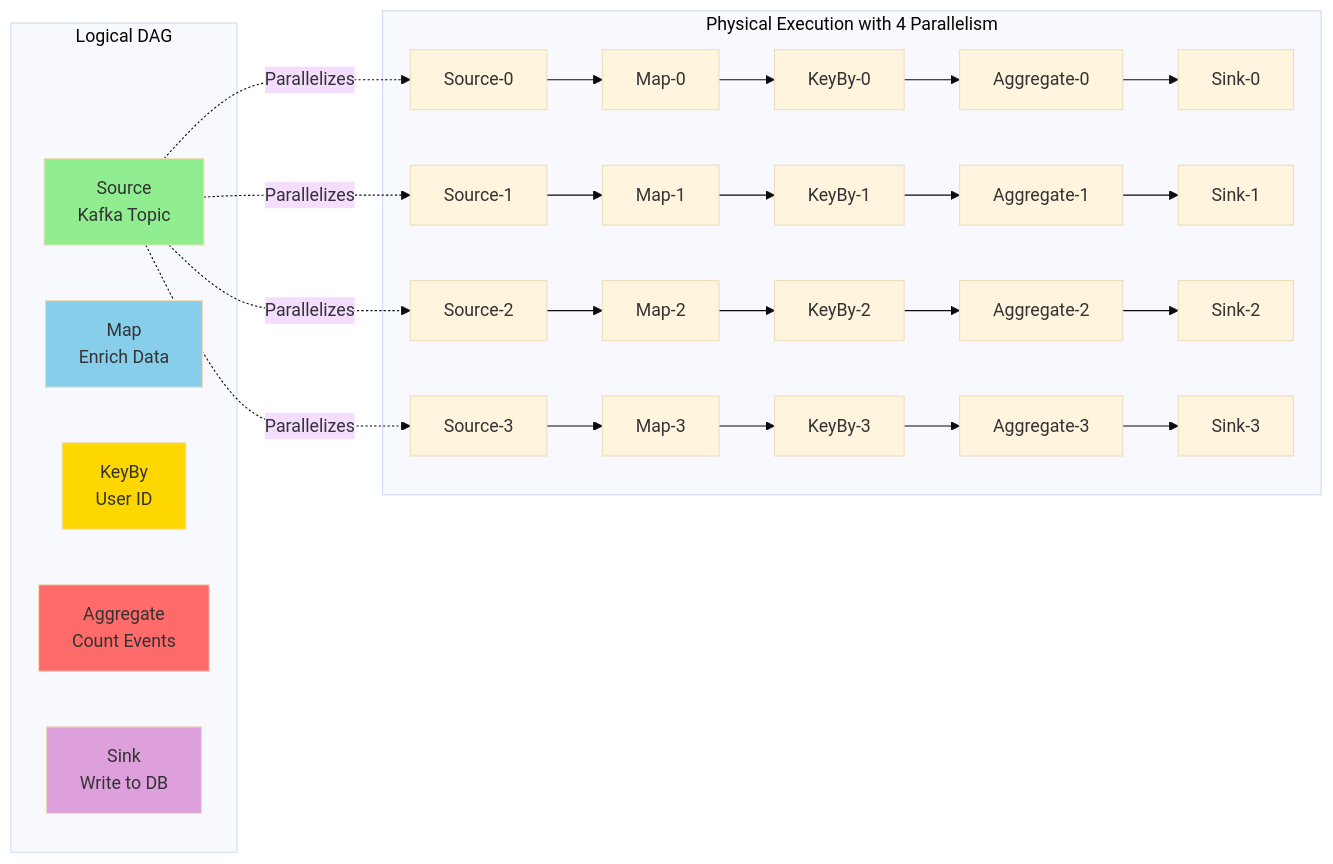
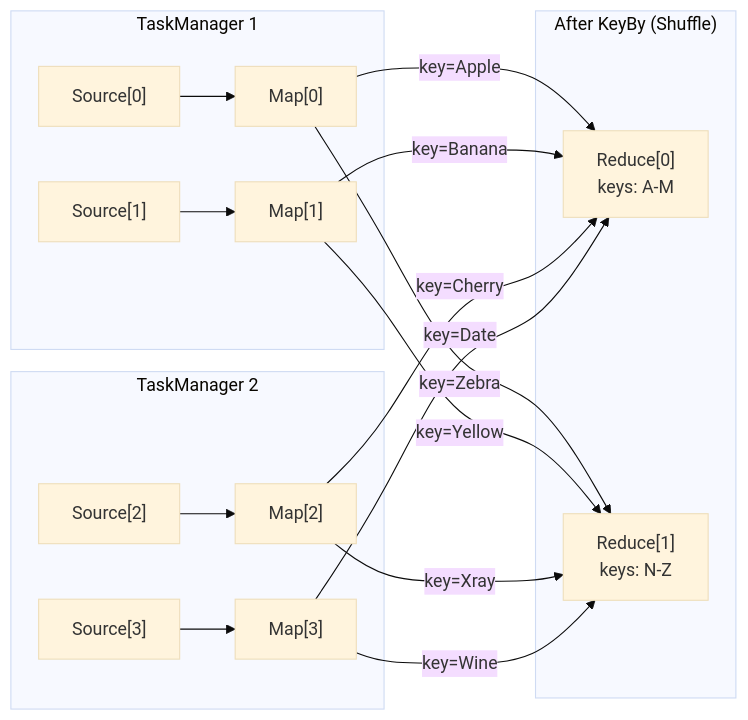
One commit to mainul098/flink-learning changed the fifth of 6 diagrams in docs/01-flink-operational-essentials.md. Above: the diagram before and after it, drawn with Mermaid (base theme). The commit also changed other lines of this file, not shown here.

````diff
--- a/docs/01-flink-operational-essentials.md
+++ b/docs/01-flink-operational-essentials.md
@@ -238,28 +523,26 @@
 ```mermaid
 graph LR
-    subgraph "Logical DAG"
-        Source["Source<br/>Kafka Topic"]
-        Map["Map<br/>Enrich Data"]
-        KeyBy["KeyBy<br/>User ID"]
-        Aggregate["Aggregate<br/>Count Events"]
-        Sink["Sink<br/>Write to DB"]
+    subgraph "TaskManager 1"
+        S1["Source[0]"] --> M1["Map[0]"]
+        S2["Source[1]"] --> M2["Map[1]"]
     end
-
-    subgraph "Physical Execution with 4 Parallelism"
-        S1["Source-0"] --> M1["Map-0"] --> K1["KeyBy-0"] --> A1["Aggregate-0"] --> SK1["Sink-0"]
-        S2["Source-1"] --> M2["Map-1"] --> K2["KeyBy-1"] --> A2["Aggregate-1"] --> SK2["Sink-1"]
-        S3["Source-2"] --> M3["Map-2"] --> K3["KeyBy-2"] --> A3["Aggregate-2"] --> SK3["Sink-2"]
-        S4["Source-3"] --> M4["Map-3"] --> K4["KeyBy-3"] --> A4["Aggregate-3"] --> SK4["Sink-3"]
+    
+    subgraph "TaskManager 2"
+        S3["Source[2]"] --> M3["Map[2]"]
+        S4["Source[3]"] --> M4["Map[3]"]
     end
-
-    Source -.->|Parallelizes| S1
-    Source -.->|Parallelizes| S2
-    Source -.->|Parallelizes| S3
-    Source -.->|Parallelizes| S4
-
-    style Source fill:#90EE90
-    style Map fill:#87CEEB
-    style KeyBy fill:#FFD700
-    style Aggregate fill:#FF6B6B
-    style Sink fill:#DDA0DD
+    
+    subgraph "After KeyBy (Shuffle)"
+        R1["Reduce[0]<br/>keys: A-M"]
+        R2["Reduce[1]<br/>keys: N-Z"]
+    end
+    
+    M1 -->|"key=Apple"| R1
+    M1 -->|"key=Zebra"| R2
+    M2 -->|"key=Banana"| R1
+    M2 -->|"key=Yellow"| R2
+    M3 -->|"key=Cherry"| R1
+    M3 -->|"key=Xray"| R2
+    M4 -->|"key=Date"| R1
+    M4 -->|"key=Wine"| R2
 ```
````
